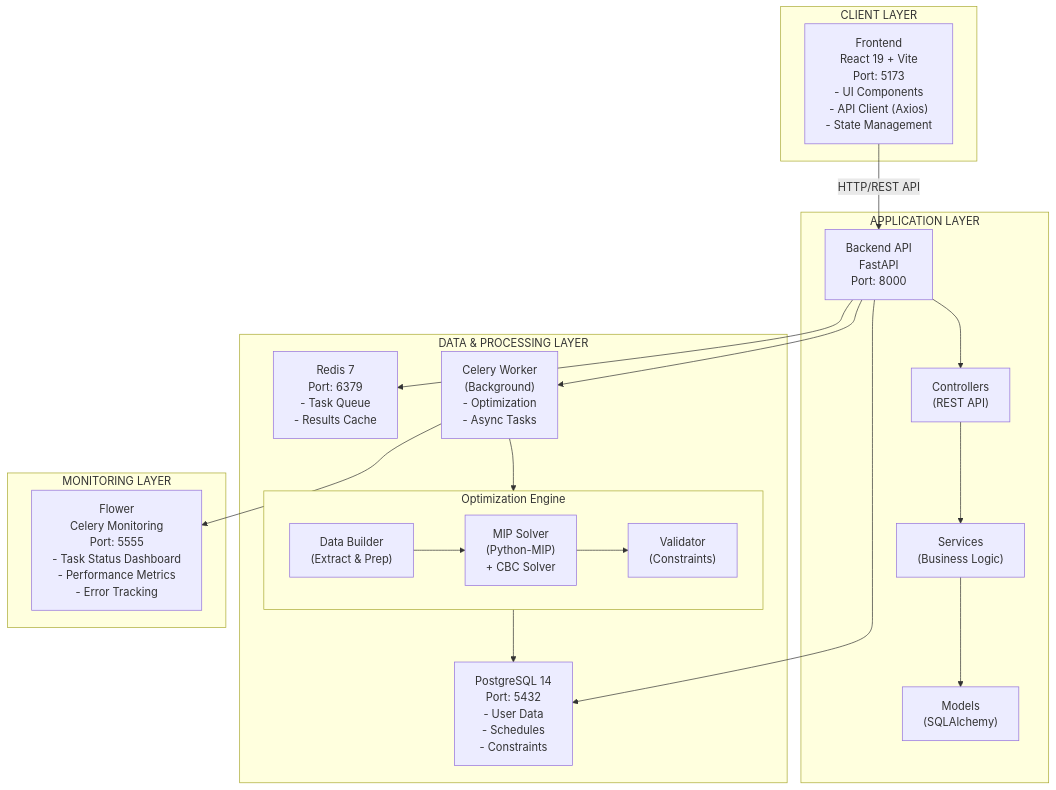
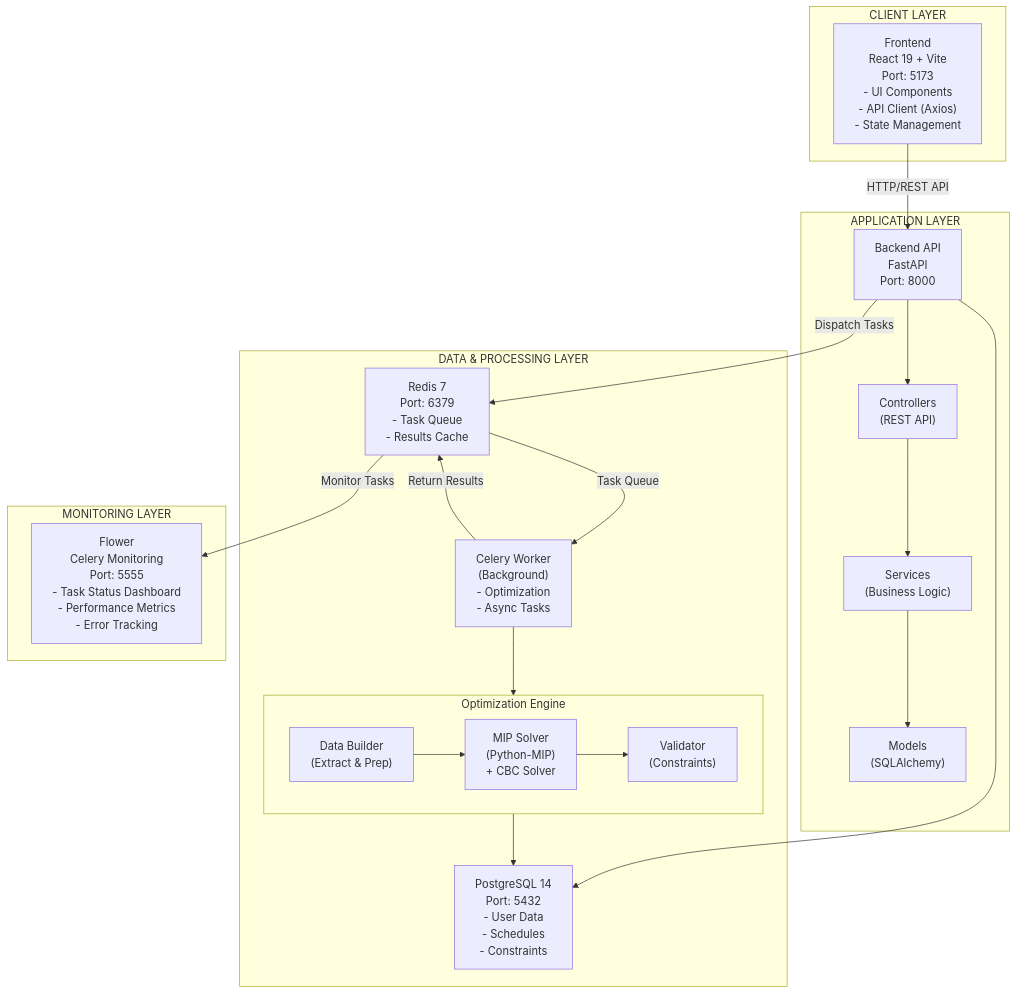
One commit to AlonLivne007/smart-scheduling changed the first of 4 diagrams in PRESENTATION.md. Above: the diagram before and after it, drawn with Mermaid. The commit also changed other lines of this file and 1 other file, not shown here.

First line of the commit message:
Refine PRESENTATION.md by updating role descriptions and enhancing architecture diagrams

````diff
--- a/PRESENTATION.md
+++ b/PRESENTATION.md
@@ -94,44 +94,45 @@
 ```mermaid
 graph TB
     subgraph CLIENT["CLIENT LAYER"]
         Frontend["Frontend<br/>React 19 + Vite<br/>Port: 5173<br/>- UI Components<br/>- API Client (Axios)<br/>- State Management"]
     end
 
     subgraph APP["APPLICATION LAYER"]
         Backend["Backend API<br/>FastAPI<br/>Port: 8000"]
         Controllers["Controllers<br/>(REST API)"]
         Services["Services<br/>(Business Logic)"]
         Models["Models<br/>(SQLAlchemy)"]
 
         Controllers --> Services
         Services --> Models
         Backend --> Controllers
     end
 
     subgraph DATA["DATA & PROCESSING LAYER"]
         PostgreSQL["PostgreSQL 14<br/>Port: 5432<br/>- User Data<br/>- Schedules<br/>- Constraints"]
         Redis["Redis 7<br/>Port: 6379<br/>- Task Queue<br/>- Results Cache"]
         CeleryWorker["Celery Worker<br/>(Background)<br/>- Optimization<br/>- Async Tasks"]
 
         subgraph OPT["Optimization Engine"]
             DataBuilder["Data Builder<br/>(Extract & Prep)"]
             MIPSolver["MIP Solver<br/>(Python-MIP)<br/>+ CBC Solver"]
             Validator["Validator<br/>(Constraints)"]
 
             DataBuilder --> MIPSolver
             MIPSolver --> Validator
         end
     end
 
     subgraph MONITOR["MONITORING LAYER"]
         Flower["Flower<br/>Celery Monitoring<br/>Port: 5555<br/>- Task Status Dashboard<br/>- Performance Metrics<br/>- Error Tracking"]
     end
 
     Frontend -->|HTTP/REST API| Backend
     Backend --> PostgreSQL
-    Backend --> Redis
-    Backend --> CeleryWorker
+    Backend -->|Dispatch Tasks| Redis
+    Redis -->|Task Queue| CeleryWorker
+    CeleryWorker -->|Return Results| Redis
     CeleryWorker --> OPT
     OPT --> PostgreSQL
-    CeleryWorker --> Flower
+    Redis -->|Monitor Tasks| Flower
 ```
````
